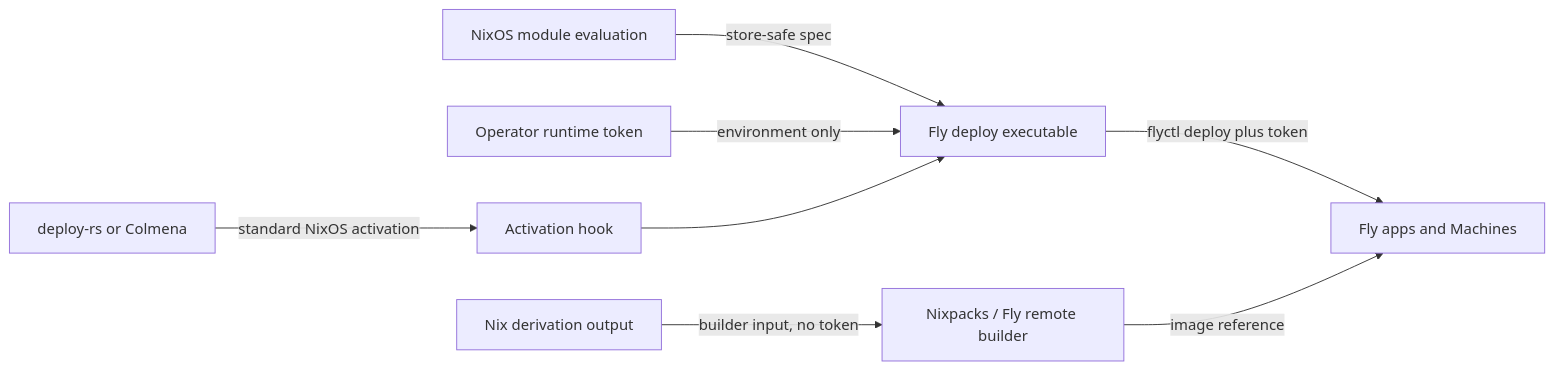
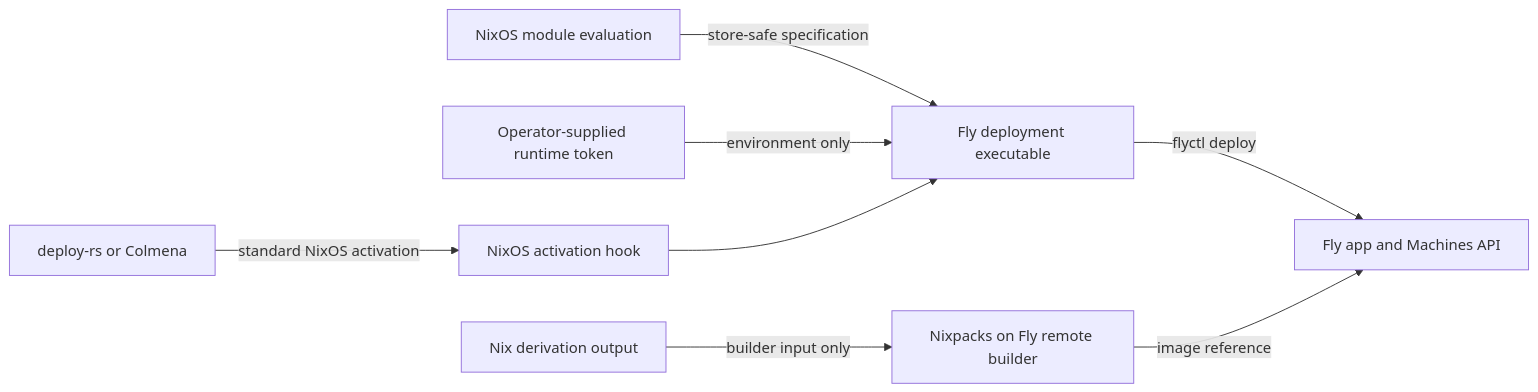
One commit to DWSR/nix-config changed the first of 2 diagrams in .kiro/specs/nix-module-for-fly-io-app/design.md. Above: the diagram before and after it, drawn with Mermaid.

Commit message:
fabro(01M6SNR642694C41TC44ZGY1HZ): design (success)
⚒️ Generated with [Fabro](https://fabro.sh)

Fabro-Run: 01M6SNR642694C41TC44ZGY1HZ
Fabro-Execution: 0
Fabro-Firing: 4
Fabro-Attempt: 1

````diff
--- a/.kiro/specs/nix-module-for-fly-io-app/design.md
+++ b/.kiro/specs/nix-module-for-fly-io-app/design.md
@@ -65,10 +65,10 @@
 ```mermaid
-graph LR
-  N[NixOS module evaluation] -->|store-safe spec| D[Fly deploy executable]
-  T[Operator runtime token] -->|environment only| D
-  A[deploy-rs or Colmena] -->|standard NixOS activation| H[Activation hook]
-  H --> D
-  D -->|flyctl deploy plus token| F[Fly apps and Machines]
-  B[Nix derivation output] -->|builder input, no token| X[Nixpacks / Fly remote builder]
-  X -->|image reference| F
+flowchart LR
+  Eval["NixOS module evaluation"] -->|store-safe specification| Deploy["Fly deployment executable"]
+  Token["Operator-supplied runtime token"] -->|environment only| Deploy
+  Tool["deploy-rs or Colmena"] -->|standard NixOS activation| Activate["NixOS activation hook"]
+  Activate --> Deploy
+  Deploy -->|flyctl deploy| Fly["Fly app and Machines API"]
+  Derivation["Nix derivation output"] -->|builder input only| Builder["Nixpacks on Fly remote builder"]
+  Builder -->|image reference| Fly
 ```
````
